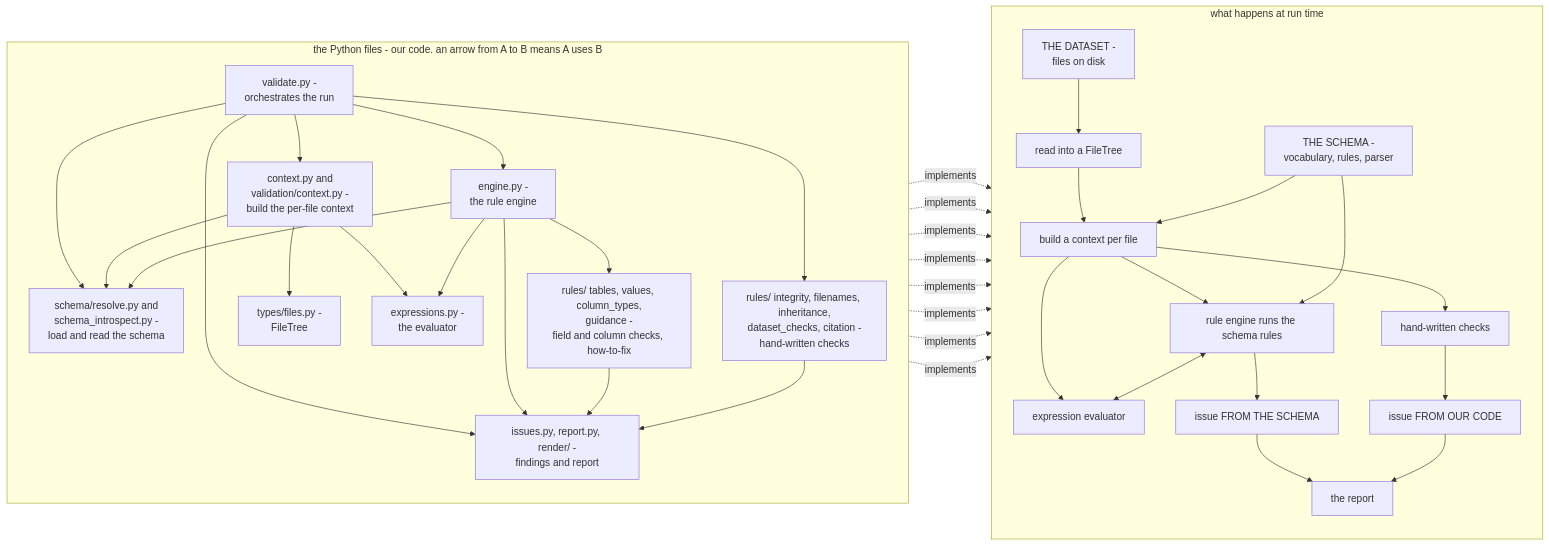
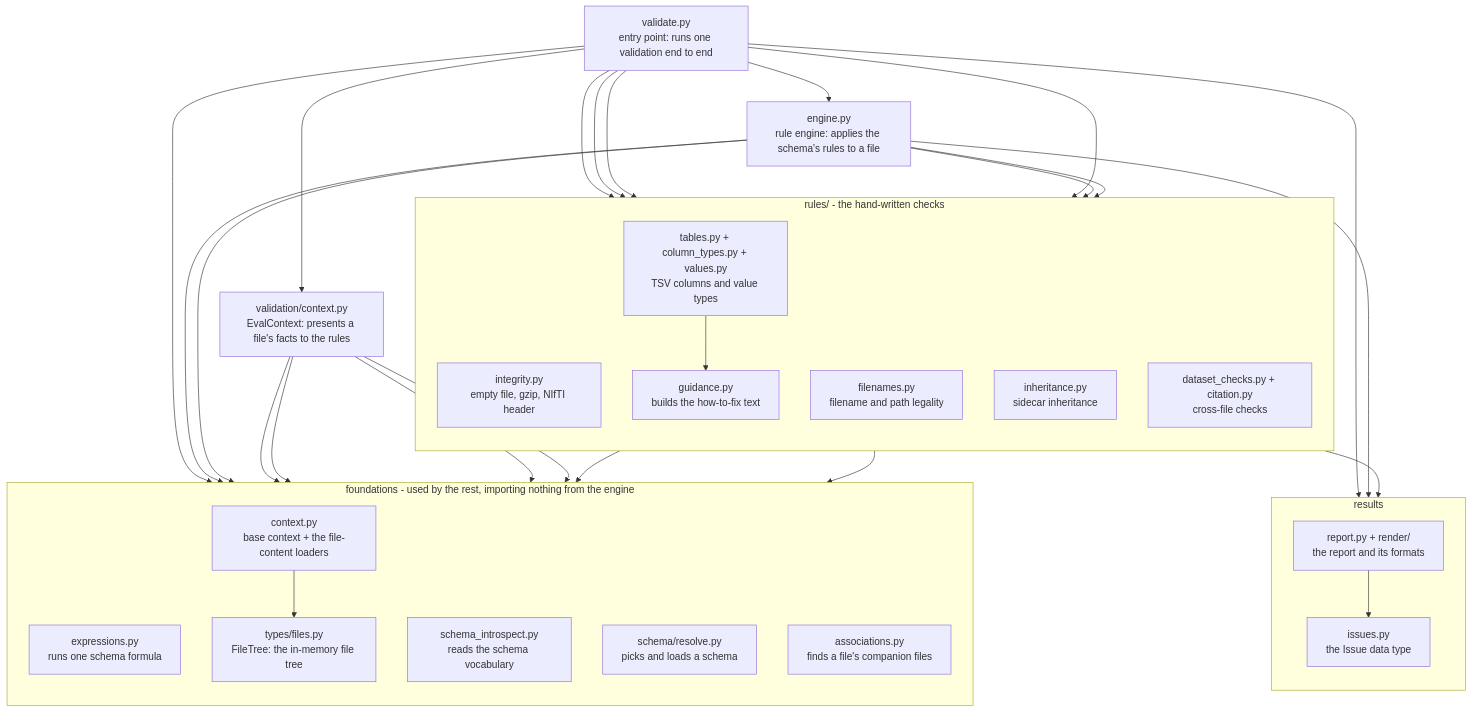
The fourth of 4 diagrams in docs/concepts.md (karellopez/python-validator), drawn with Mermaid before and after one commit. The commit also changed other lines of this file, not shown here.

First line of the commit message:
docs(concepts): keep the runtime workflow chart, add a separate module chart

````diff
--- a/docs/concepts.md
+++ b/docs/concepts.md
@@ -396,57 +454,59 @@
 ```mermaid
-flowchart LR
-    subgraph FILES["the Python files - our code. an arrow from A to B means A uses B"]
+flowchart TD
+    validate["validate.py<br/>entry point: runs one validation end to end"]
+    engine["engine.py<br/>rule engine: applies the schema's rules to a file"]
+    vctx["validation/context.py<br/>EvalContext: presents a file's facts to the rules"]
+
+    subgraph RULES["rules/ - the hand-written checks"]
       direction TB
-      f_validate["validate.py -<br/>orchestrates the run"]
-      f_schema["schema/resolve.py and<br/>schema_introspect.py -<br/>load and read the schema"]
-      f_files["types/files.py -<br/>FileTree"]
-      f_ctx["context.py and<br/>validation/context.py -<br/>build the per-file context"]
-      f_expr["expressions.py -<br/>the evaluator"]
-      f_engine["engine.py -<br/>the rule engine"]
-      f_hand["rules/ integrity, filenames, inheritance,<br/>dataset_checks, citation -<br/>hand-written checks"]
-      f_tab["rules/ tables, values, column_types,<br/>guidance -<br/>field and column checks, how-to-fix"]
-      f_out["issues.py, report.py, render/ -<br/>findings and report"]
-
-      f_validate --> f_schema
-      f_validate --> f_ctx
-      f_validate --> f_engine
-      f_validate --> f_hand
-      f_validate --> f_out
-      f_ctx --> f_files
-      f_ctx --> f_expr
-      f_ctx --> f_schema
-      f_engine --> f_expr
-      f_engine --> f_tab
-      f_engine --> f_schema
-      f_engine --> f_out
-      f_tab --> f_out
-      f_hand --> f_out
+      integ["integrity.py<br/>empty file, gzip, NIfTI header"]
+      fname["filenames.py<br/>filename and path legality"]
+      inh["inheritance.py<br/>sidecar inheritance"]
+      tab["tables.py + column_types.py + values.py<br/>TSV columns and value types"]
+      dchk["dataset_checks.py + citation.py<br/>cross-file checks"]
+      guide["guidance.py<br/>builds the how-to-fix text"]
     end
 
-    subgraph WORK["what happens at run time"]
+    subgraph FOUND["foundations - used by the rest, importing nothing from the engine"]
       direction TB
-      w_schema["THE SCHEMA -<br/>vocabulary, rules, parser"]
-      w_data["THE DATASET -<br/>files on disk"]
-      w_data --> w_tree["read into a FileTree"]
-      w_tree --> w_ctx["build a context per file"]
-      w_schema --> w_ctx
-      w_ctx --> w_engine["rule engine runs the schema rules"]
-      w_schema --> w_engine
-      w_ctx --> w_eval["expression evaluator"]
-      w_engine <--> w_eval
-      w_engine --> w_iss_s["issue FROM THE SCHEMA"]
-      w_ctx --> w_hand["hand-written checks"]
-      w_hand --> w_iss_c["issue FROM OUR CODE"]
-      w_iss_s --> w_report["the report"]
-      w_iss_c --> w_report
+      expr["expressions.py<br/>runs one schema formula"]
+      intro["schema_introspect.py<br/>reads the schema vocabulary"]
+      resolve["schema/resolve.py<br/>picks and loads a schema"]
+      files["types/files.py<br/>FileTree: the in-memory file tree"]
+      bctx["context.py<br/>base context + the file-content loaders"]
+      assoc["associations.py<br/>finds a file's companion files"]
     end
 
-    f_schema -. implements .-> w_schema
-    f_files -. implements .-> w_tree
-    f_ctx -. implements .-> w_ctx
-    f_expr -. implements .-> w_eval
-    f_engine -. implements .-> w_engine
-    f_tab -. implements .-> w_engine
-    f_hand -. implements .-> w_hand
-    f_out -. implements .-> w_report
+    subgraph OUT["results"]
+      direction TB
+      issues["issues.py<br/>the Issue data type"]
+      report["report.py + render/<br/>the report and its formats"]
+    end
+
+    validate --> resolve
+    validate --> vctx
+    validate --> engine
+    validate --> integ
+    validate --> fname
+    validate --> inh
+    validate --> dchk
+    validate --> report
+
+    engine --> expr
+    engine --> intro
+    engine --> tab
+    engine --> guide
+    engine --> issues
+
+    vctx --> bctx
+    vctx --> assoc
+    vctx --> expr
+    vctx --> intro
+    bctx --> files
+
+    tab --> guide
+    guide --> intro
+    fname --> intro
+    integ --> issues
+    report --> issues
 ```
````
